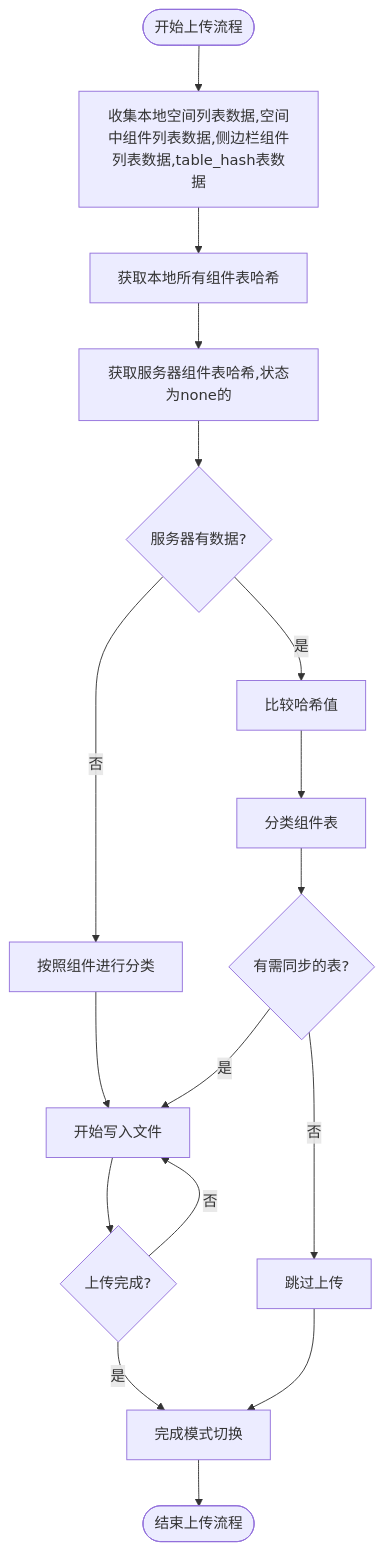
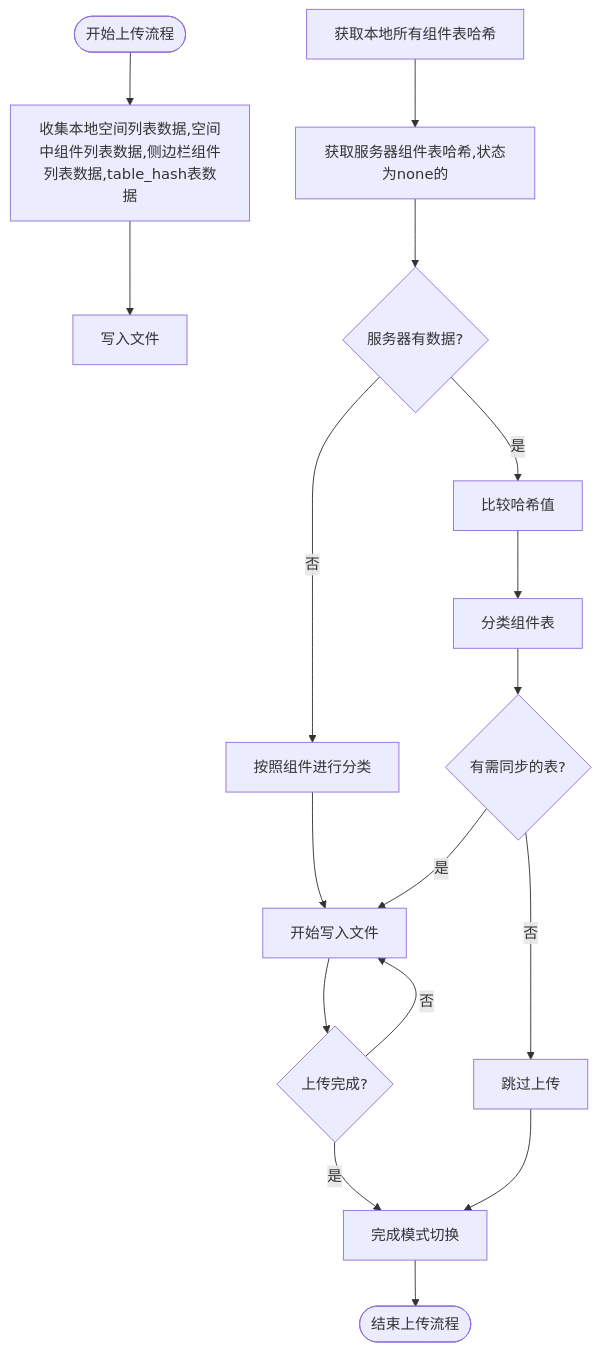
One commit to yingjianzh/iodraw-files changed the diagram in all/未命名-59.md. Above: the diagram before and after it, drawn with Mermaid.

Commit message:
2025-05-14 15:51:13 update

````diff
--- a/all/未命名-59.md
+++ b/all/未命名-59.md
@@ -1,34 +1,35 @@
 ```mermaid
 
 flowchart TD
     Start([开始上传流程]) --> CollectData[收集本地空间列表数据,空间中组件列表数据,侧边栏组件列表数据,table_hash表数据]
-    CollectData -->
+    CollectData --> WriteFile[写入文件]
+    
     CollectLocalHashes[获取本地所有组件表哈希]
     CollectLocalHashes --> FetchServerHashes[获取服务器组件表哈希,状态为none的]
     
     FetchServerHashes --> ServerHasData{服务器有数据?}
     
     ServerHasData -->|是| CompareHashes[比较哈希值]
     ServerHasData -->|否| ClassifyTables2[按照组件进行分类]
     ClassifyTables2 --> StartBatching[开始写入文件]
     
     CompareHashes --> ClassifyTables[分类组件表]
     ClassifyTables --> HasChanges{有需同步的表?}
     
     HasChanges -->|否| SkipUpload[跳过上传]
     HasChanges -->|是| StartBatching
     
     StartBatching --> UploadComplete{上传完成?}
 
 
     UploadComplete -->|是| FinalizeMode[完成模式切换]
     UploadComplete -->|否| StartBatching
 
     
     
     FinalizeMode --> End([结束上传流程])
     
     SkipUpload --> FinalizeMode
 
 
 ```
````
